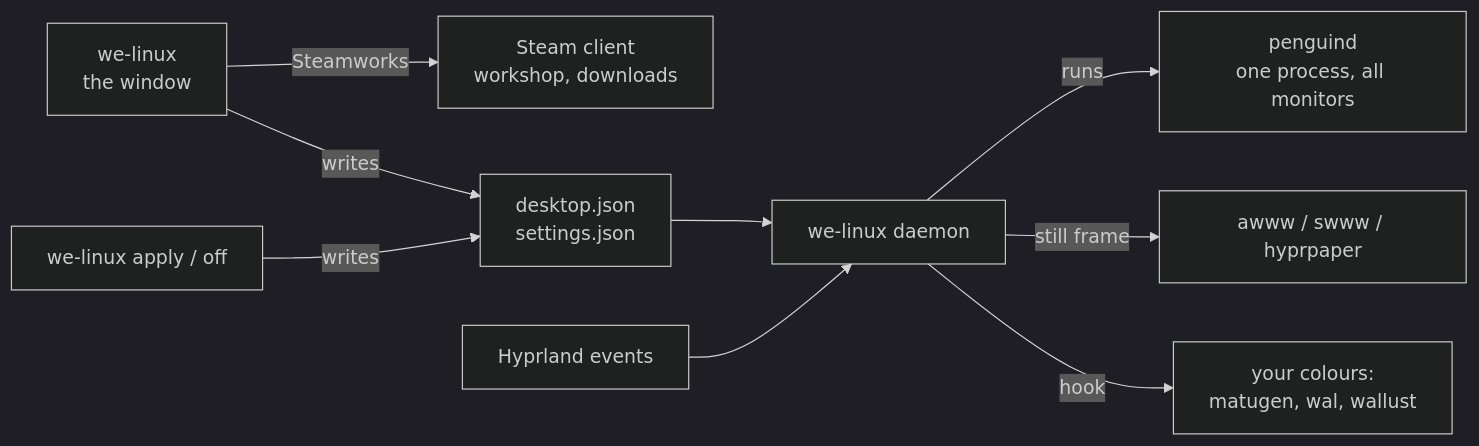
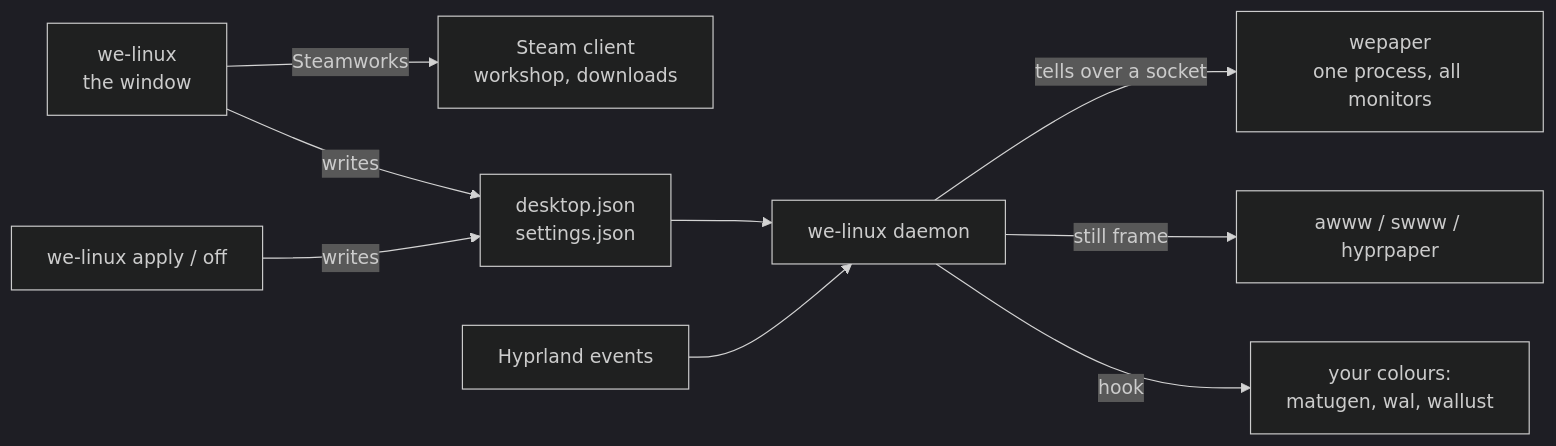
The diagram in README.md (MoonTiwzy/we-linux), drawn with Mermaid (dark theme) before and after one commit. The commit also changed other lines of this file and 1 other file, not shown here.

Commit message:
README for the new renderer, and a Russian one

````diff
--- a/README.md
+++ b/README.md
@@ -257,11 +260,11 @@
 ```mermaid
 flowchart LR
     W["we-linux<br>the window"] -- Steamworks --> S["Steam client<br>workshop, downloads"]
     W -- writes --> F["desktop.json<br>settings.json"]
     C["we-linux apply / off"] -- writes --> F
     F --> D["we-linux daemon"]
     H["Hyprland events"] --> D
-    D -- runs --> P["penguind<br>one process, all monitors"]
+    D -- "tells over a socket" --> P["wepaper<br>one process, all monitors"]
     D -- still frame --> A["awww / swww / hyprpaper"]
     D -- hook --> X["your colours:<br>matugen, wal, wallust"]
 ```
````
